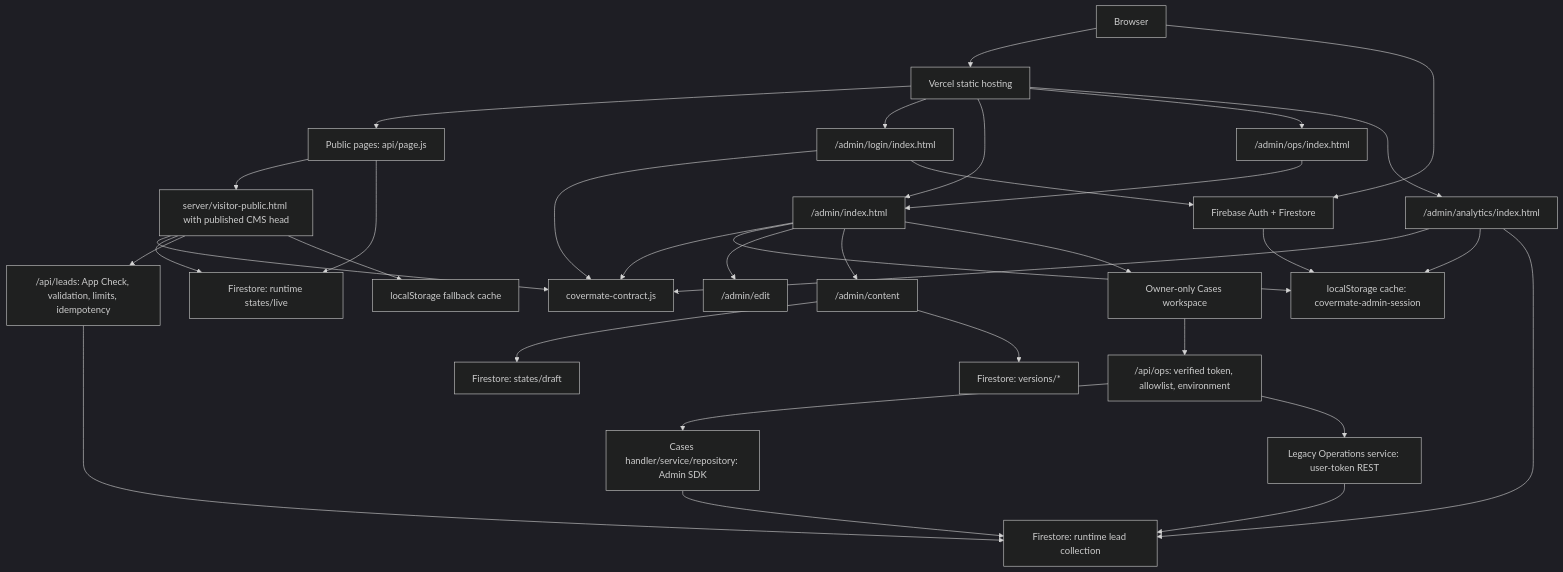
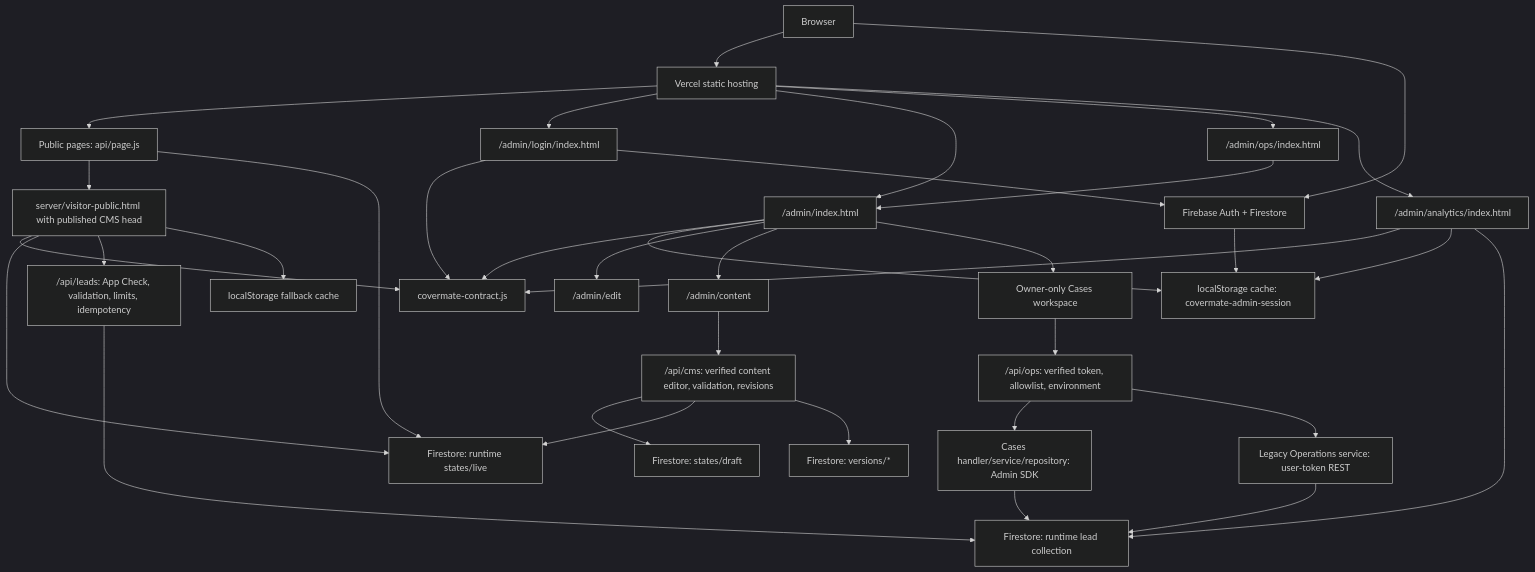
One commit to purichw/CoverMate changed the diagram in docs/ARCHITECTURE.md. Above: the diagram before and after it, drawn with Mermaid (dark theme). The commit also changed other lines of this file and 59 other files, not shown here.

````diff
--- a/docs/ARCHITECTURE.md
+++ b/docs/ARCHITECTURE.md
@@ -38,36 +42,38 @@
 ```mermaid
 flowchart TD
   Browser["Browser"] --> Vercel["Vercel static hosting"]
   Vercel --> SEO["Public pages: api/page.js"]
   SEO --> Public["server/visitor-public.html with published CMS head"]
   SEO --> Live
   Vercel --> Login["/admin/login/index.html"]
   Vercel --> Launcher["/admin/index.html"]
   Vercel --> OpsShim["/admin/ops/index.html"]
   Vercel --> Analytics["/admin/analytics/index.html"]
   OpsShim --> Launcher
   Browser --> Firebase["Firebase Auth + Firestore"]
   Public --> Contract["covermate-contract.js"]
   Login --> Contract
   Launcher --> Contract
   Analytics --> Contract
   Public --> Live["Firestore: runtime states/live"]
   Public --> LeadAPI["/api/leads: App Check, validation, limits, idempotency"]
   LeadAPI --> Leads["Firestore: runtime lead collection"]
   Public --> Store["localStorage fallback cache"]
-  PublicAdmin --> Draft["Firestore: states/draft"]
-  PublicAdmin --> Versions["Firestore: versions/*"]
+  PublicAdmin --> CmsAPI["/api/cms: verified content editor, validation, revisions"]
+  CmsAPI --> Draft["Firestore: states/draft"]
+  CmsAPI --> Live
+  CmsAPI --> Versions["Firestore: versions/*"]
   Login --> Firebase
   Firebase --> Session["localStorage cache: covermate-admin-session"]
   Launcher --> Session
   Analytics --> Session
   Analytics --> Leads
   Launcher --> PublicEdit["/admin/edit"]
   Launcher --> PublicAdmin["/admin/content"]
   Launcher --> Cases["Owner-only Cases workspace"]
   Cases --> OpsAPI["/api/ops: verified token, allowlist, environment"]
   OpsAPI --> CasesService["Cases handler/service/repository: Admin SDK"]
   OpsAPI --> LegacyOps["Legacy Operations service: user-token REST"]
   CasesService --> Leads
   LegacyOps --> Leads
 ```
````
